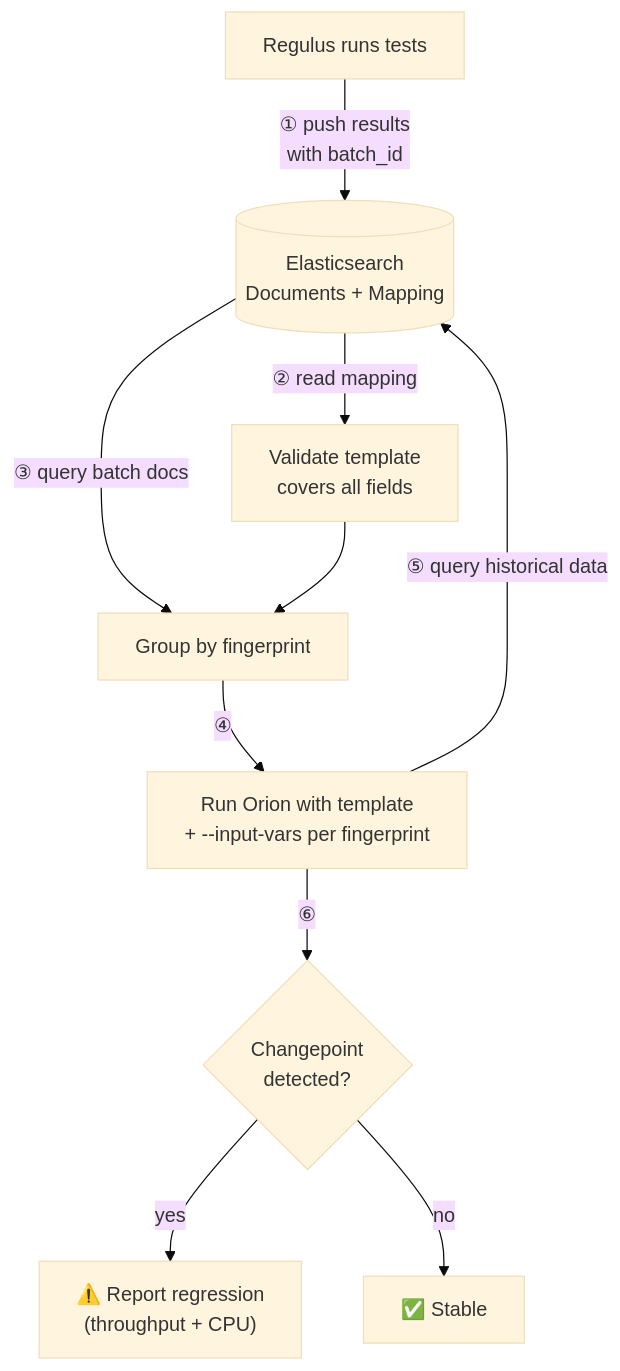
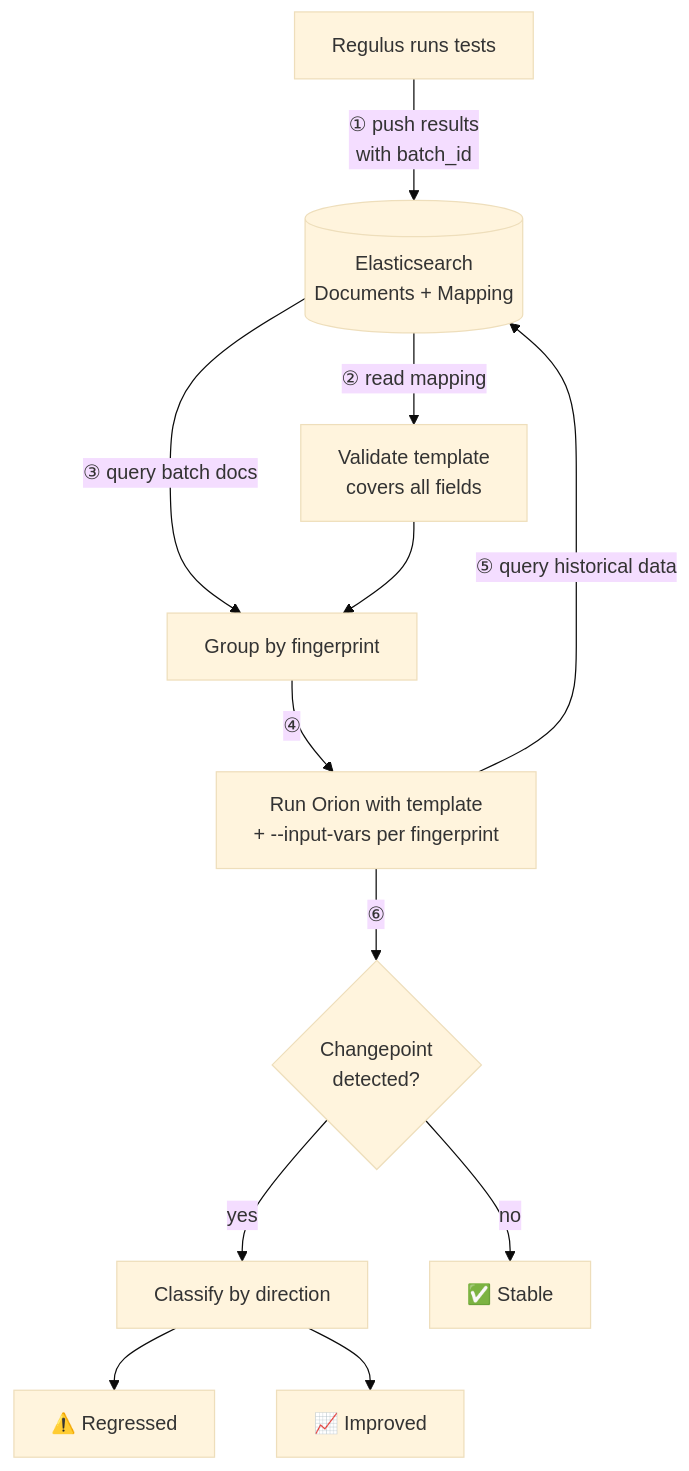
The diagram in ORION/README.md (redhat-performance/regulus), drawn with Mermaid (base theme) before and after one commit. The commit also changed other lines of this file and 6 other files, not shown here.

````diff
--- a/ORION/README.md
+++ b/ORION/README.md
@@ -17,12 +17,14 @@
 ```mermaid
 flowchart TD
     A[Regulus runs tests] -->|"① push results\nwith batch_id"| B[(Elasticsearch\nDocuments + Mapping)]
     B -->|"② read mapping"| C[Validate template\ncovers all fields]
     B -->|"③ query batch docs"| D[Group by fingerprint]
     C --> D
     D -->|④| E["Run Orion with template\n+ --input-vars per fingerprint"]
     E -->|"⑤ query historical data"| B
     E -->|⑥| F{Changepoint\ndetected?}
-    F -->|yes| G["⚠️ Report regression\n(throughput + CPU)"]
+    F -->|yes| G["Classify by direction"]
+    G --> G1["⚠️ Regressed"]
+    G --> G2["📈 Improved"]
     F -->|no| H["✅ Stable"]
 ```
````
